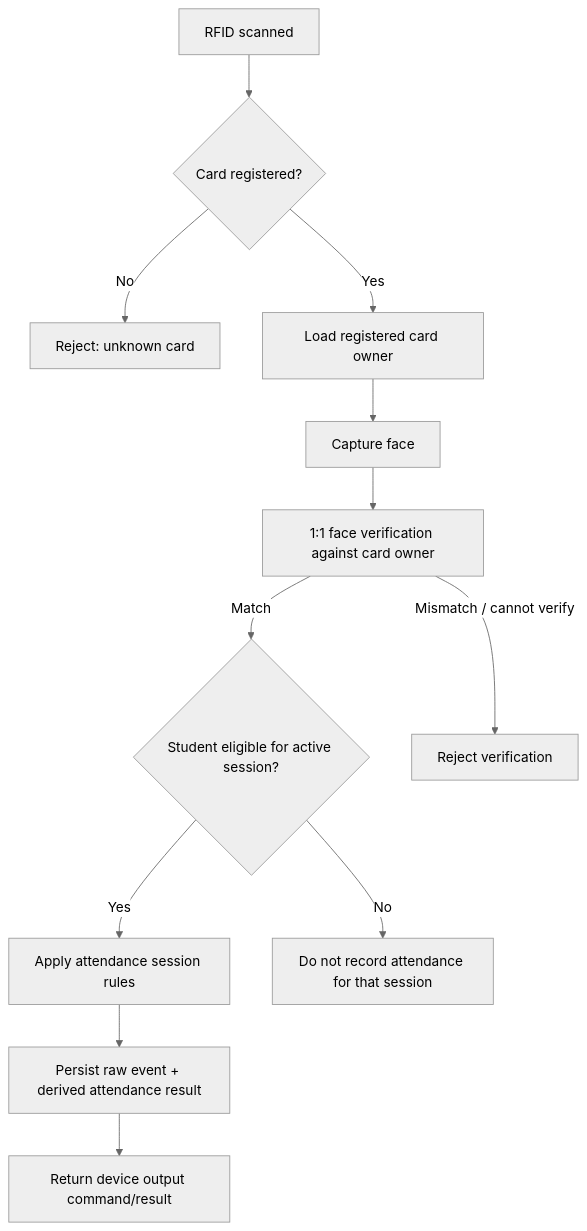
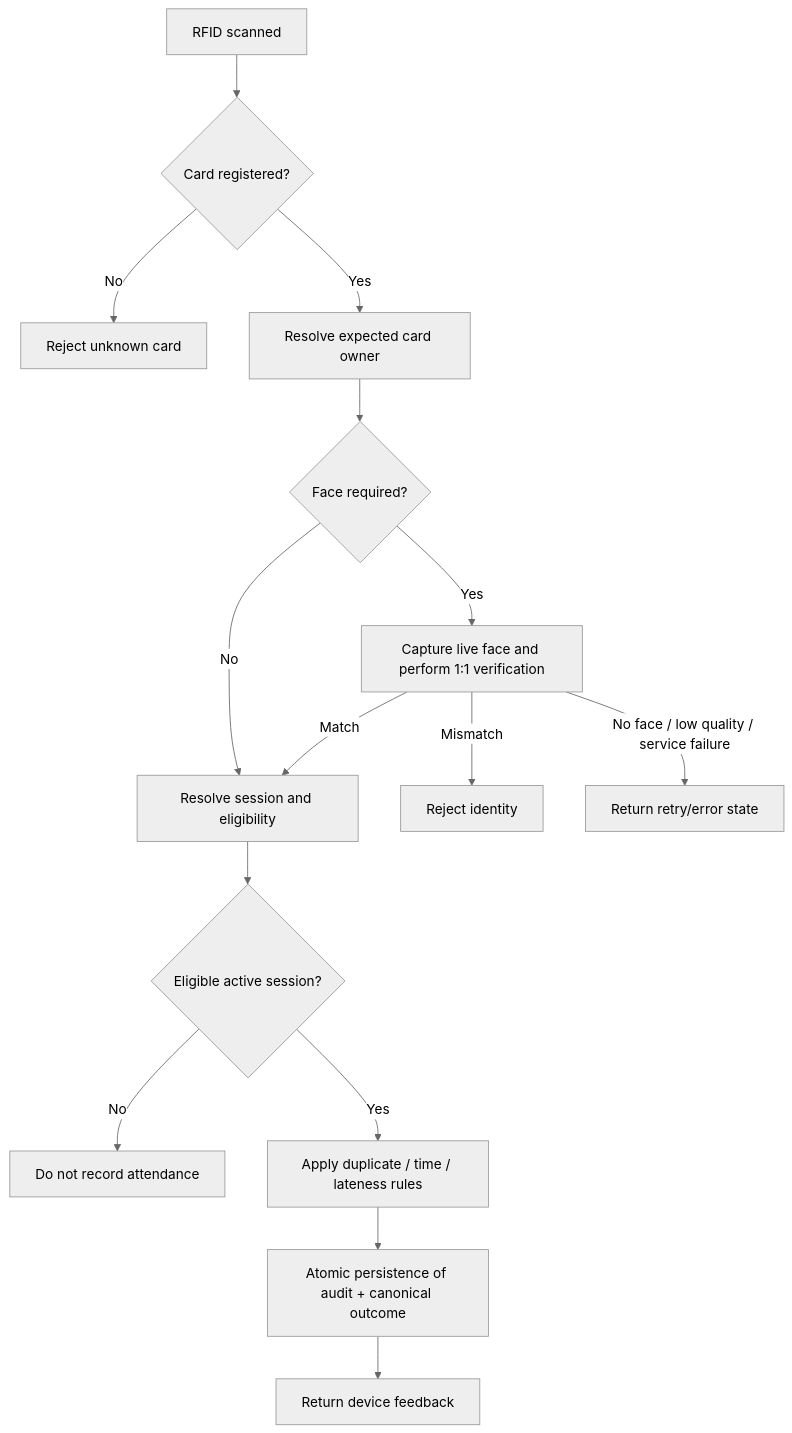
Before and after one commit to nafisajuliansahsaputra/attendance-system: the diagram in docs/00-SOURCE-OF-TRUTH.md, drawn with Mermaid (neutral theme). The commit also changed other lines of this file, not shown here.

````diff
--- a/docs/00-SOURCE-OF-TRUTH.md
+++ b/docs/00-SOURCE-OF-TRUTH.md
@@ -49,14 +42,17 @@
 ```mermaid
 flowchart TD
     A[RFID scanned] --> B{Card registered?}
-    B -- No --> U[Reject: unknown card]
-    B -- Yes --> C[Load registered card owner]
-    C --> D[Capture face]
-    D --> E[1:1 face verification against card owner]
-    E -->|Match| F{Student eligible for active session?}
-    E -->|Mismatch / cannot verify| R[Reject verification]
-    F -->|Yes| G[Apply attendance session rules]
-    F -->|No| N[Do not record attendance for that session]
-    G --> H[Persist raw event + derived attendance result]
-    H --> I[Return device output command/result]
+    B -- No --> U[Reject unknown card]
+    B -- Yes --> C[Resolve expected card owner]
+    C --> D{Face required?}
+    D -- No --> F[Resolve session and eligibility]
+    D -- Yes --> E[Capture live face and perform 1:1 verification]
+    E -->|Match| F
+    E -->|Mismatch| R[Reject identity]
+    E -->|No face / low quality / service failure| Q[Return retry/error state]
+    F --> G{Eligible active session?}
+    G -->|No| N[Do not record attendance]
+    G -->|Yes| H[Apply duplicate / time / lateness rules]
+    H --> I[Atomic persistence of audit + canonical outcome]
+    I --> J[Return device feedback]
 ```
````
